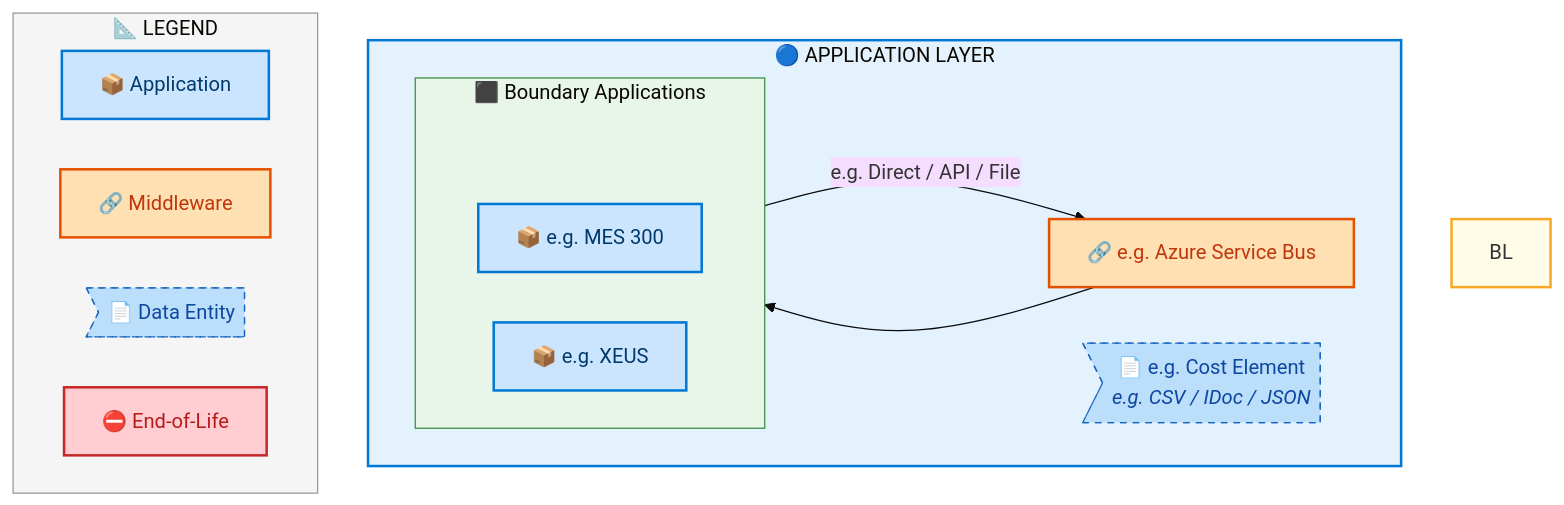
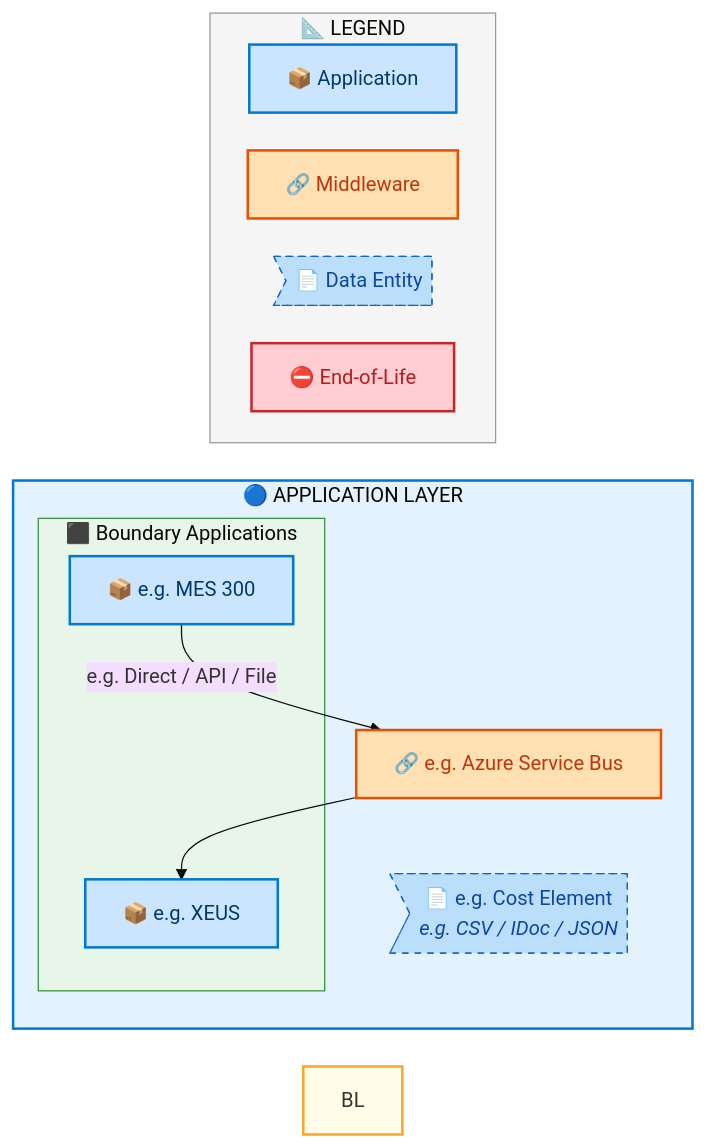
Before and after one commit to sajivfrancis777/IAO-Architecture: the eighth of 10 diagrams in towers/E2E/Procure to Pay/E2E-114/output/docs/systems-architecture/E2E-114-Architecture.md, drawn with Mermaid. The commit also changed other lines of this file and 252 other files, not shown here.

First line of the commit message:
fix: remove Mermaid ~~~ rank chain causing syntax error in v11.14.0

````diff
--- a/towers/E2E/Procure to Pay/E2E-114/output/docs/systems-architecture/E2E-114-Architecture.md
+++ b/towers/E2E/Procure to Pay/E2E-114/output/docs/systems-architecture/E2E-114-Architecture.md
@@ -842,44 +838,40 @@
 ```mermaid
-%%{init: {"theme": "base", "securityLevel": "loose", "themeVariables": {"fontSize": "16px", "fontFamily": "Segoe UI, Arial, sans-serif"}, "flowchart": {"useMaxWidth": false, "htmlLabels": true, "nodeSpacing": 40, "rankSpacing": 50}} }%%
-flowchart TB
+%%{init: {"theme": "base", "securityLevel": "loose", "themeVariables": {"fontSize": "16px", "fontFamily": "Segoe UI, Arial, sans-serif"}, "flowchart": {"useMaxWidth": false, "htmlLabels": true, "nodeSpacing": 30, "rankSpacing": 35}} }%%
+flowchart LR
     %% -- ArchiMate 3.2 + Azure style classes --
     classDef business      fill:#FFFFB3,stroke:#F9A825,stroke-width:2px,color:#000
     classDef app           fill:#CCE5FF,stroke:#0078D4,stroke-width:2px,color:#003A6C
     classDef data          fill:#BBDEFB,stroke:#1565C0,stroke-width:1px,color:#0D47A1,stroke-dasharray: 5 5
     classDef middleware    fill:#FFE0B2,stroke:#E65100,stroke-width:2px,color:#BF360C
     classDef eol           fill:#FFCDD2,stroke:#C62828,stroke-width:2px,color:#B71C1C
     classDef saas          fill:#E1BEE7,stroke:#7B1FA2,stroke-width:2px,color:#4A148C
     classDef cloud         fill:#BBDEFB,stroke:#1565C0,stroke-width:2px,color:#0D47A1
     classDef onprem        fill:#C8E6C9,stroke:#2E7D32,stroke-width:2px,color:#1B5E20
-    classDef rankAnchor    fill:none,stroke:none,color:transparent,font-size:1px
 
     subgraph AL["🔵 APPLICATION LAYER"]
-        direction LR
         subgraph E2E114FLN_Boundary_Applications[" ⬛ Boundary Applications"]
-            direction LR
-            E2E114F_ALRANK_0[ ]:::rankAnchor
             E2E114F_e_g_MES_300["📦 e.g. MES 300"]:::app
             E2E114F_e_g_XEUS["📦 e.g. XEUS"]:::app
         end
         E2E114FMW_e_g_Azure_Service_Bus["🔗 e.g. Azure Service Bus"]:::middleware
         E2E114FDE_e_g_Cost_Element>"📄 e.g. Cost Element<br/><i>e.g. CSV / IDoc / JSON</i>"]:::data
     end
 
     E2E114F_e_g_MES_300 -->|"e.g. Direct / API / File"| E2E114FMW_e_g_Azure_Service_Bus
     E2E114FMW_e_g_Azure_Service_Bus --> E2E114F_e_g_XEUS
 
 
     style BL fill:#FFFDE7,stroke:#F9A825,stroke-width:2px
     style AL fill:#E3F2FD,stroke:#0078D4,stroke-width:2px
 
     style E2E114FLN_Boundary_Applications fill:#E8F5E9,stroke:#388E3C,stroke-width:1px
 
     subgraph Legend["📐 LEGEND"]
         direction LR
         L_APP["📦 Application"]:::app
         L_MW["🔗 Middleware"]:::middleware
         L_DE>"📄 Data Entity"]:::data
         L_EOL["⛔ End-of-Life"]:::eol
     end
     style Legend fill:#F5F5F5,stroke:#999,stroke-width:1px
 ```
````
